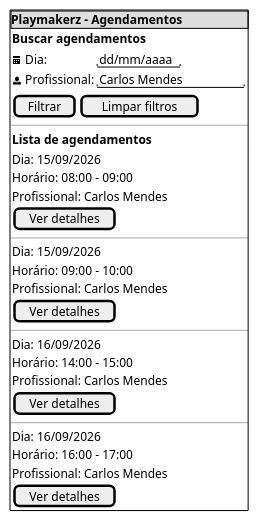
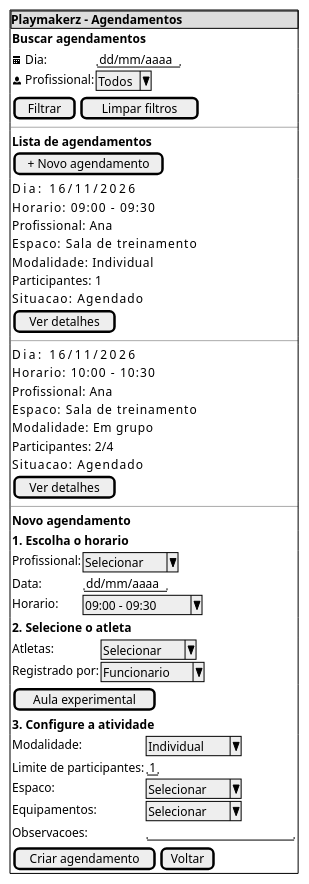
The diagram in docs/Iniciacao/prototipo_baixa_fidelidade/agendamento.puml (Projetos-de-Extensao/PECDII_26.2_8001_IV), drawn with PlantUML before and after one commit.

Commit message:
docs: atualiza e refina prototipo de baixa fidelidade de agendamento

```diff
--- a/docs/Iniciacao/prototipo_baixa_fidelidade/agendamento.puml
+++ b/docs/Iniciacao/prototipo_baixa_fidelidade/agendamento.puml
@@ -1,60 +1,96 @@
 @startsalt
 
 {+
     {* <b>Playmakerz - Agendamentos}
 
     {
         <b>Buscar agendamentos
     }
 
     {
-        <&calendar> Dia: | "dd/mm/aaaa"
-        <&person> Profissional: | "Carlos Mendes     "
+        <&calendar> Dia:         | "dd/mm/aaaa"
+        <&person> Profissional:  | ^Todos^
     }
 
     {
         [Filtrar] | [Limpar filtros]
     }
 
     --
 
     {
         <b>Lista de agendamentos
+        [+ Novo agendamento]
     }
 
     {
-        Dia: 15/09/2026
-        Horário: 08:00 - 09:00
-        Profissional: Carlos Mendes
+        Dia:            16/11/2026
+        Horario:        09:00 - 09:30
+        Profissional:   Ana
+        Espaco:         Sala de treinamento
+        Modalidade:     Individual
+        Participantes:  1
+        Situacao:       Agendado
         [Ver detalhes]
     }
 
     --
 
     {
-        Dia: 15/09/2026
-        Horário: 09:00 - 10:00
-        Profissional: Carlos Mendes
+        Dia:            16/11/2026
+        Horario:        10:00 - 10:30
+        Profissional:   Ana
+        Espaco:         Sala de treinamento
+        Modalidade:     Em grupo
+        Participantes:  2/4
+        Situacao:       Agendado
         [Ver detalhes]
     }
 
     --
 
     {
-        Dia: 16/09/2026
-        Horário: 14:00 - 15:00
-        Profissional: Carlos Mendes
-        [Ver detalhes]
+        <b>Novo agendamento
     }
 
-    --
+    {
+        <b>1. Escolha o horario
+    }
 
     {
-        Dia: 16/09/2026
-        Horário: 16:00 - 17:00
-        Profissional: Carlos Mendes
-        [Ver detalhes]
+        Profissional:   | ^Selecionar^
+        Data:           | "dd/mm/aaaa"
+        Horario:        | ^09:00 - 09:30^
+    }
+
+    {
+        <b>2. Selecione o atleta
+    }
+
+    {
+        Atletas:        | ^Selecionar^
+        Registrado por: | ^Funcionario^
+    }
+
+    {
+        [Aula experimental]
+    }
+
+    {
+        <b>3. Configure a atividade
+    }
+
+    {
+        Modalidade:             | ^Individual^
+        Limite de participantes:| "1"
+        Espaco:                 | ^Selecionar^
+        Equipamentos:           | ^Selecionar^
+        Observacoes:            | "                  "
+    }
+
+    {
+        [Criar agendamento] | [Voltar]
     }
 }
 
 @endsalt
```
